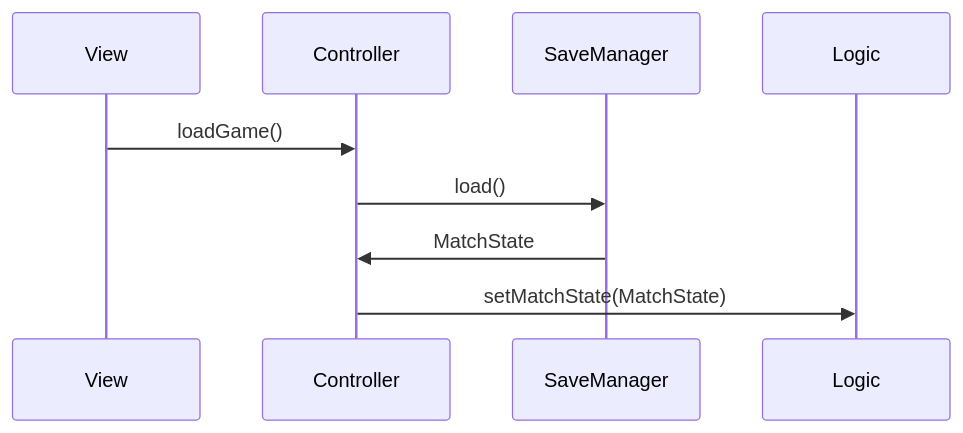
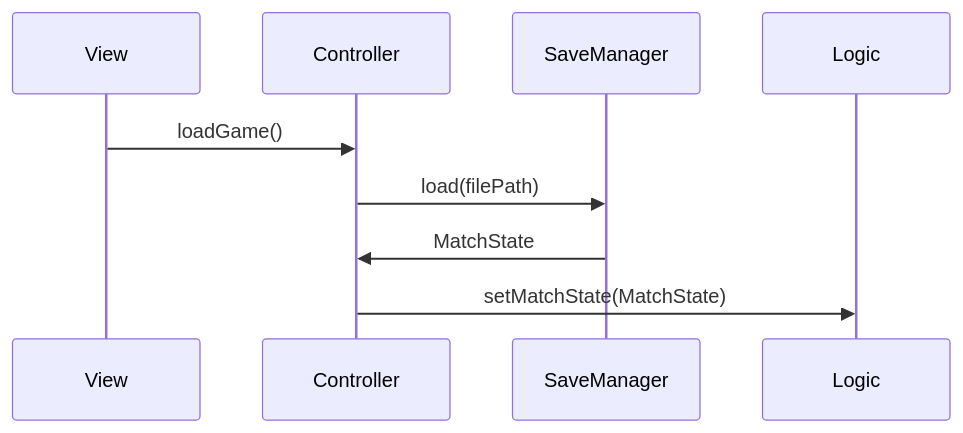
One commit to Borgotto/PPS-25-scalatello changed the eighth of 11 diagrams in docs/report/5-detailed-design.md. Above: the diagram before and after it, drawn with Mermaid. The commit also changed other lines of this file, not shown here.

Commit message:
Add file path to savemanager

````diff
--- a/docs/report/5-detailed-design.md
+++ b/docs/report/5-detailed-design.md
@@ -215,7 +215,7 @@
 ```mermaid
 sequenceDiagram
     View->>Controller: loadGame()
-    Controller->>SaveManager: load()
+    Controller->>SaveManager: load(filePath)
     SaveManager->>Controller: MatchState
     Controller->>Logic: setMatchState(MatchState)
 ```
````
